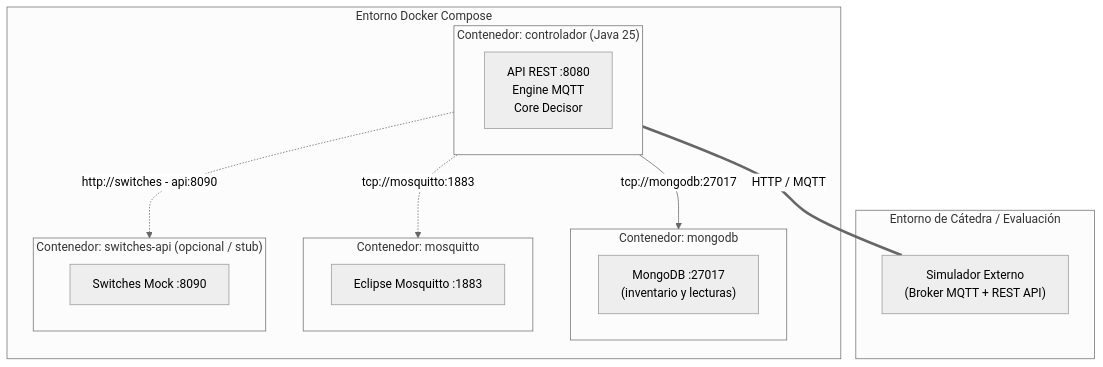
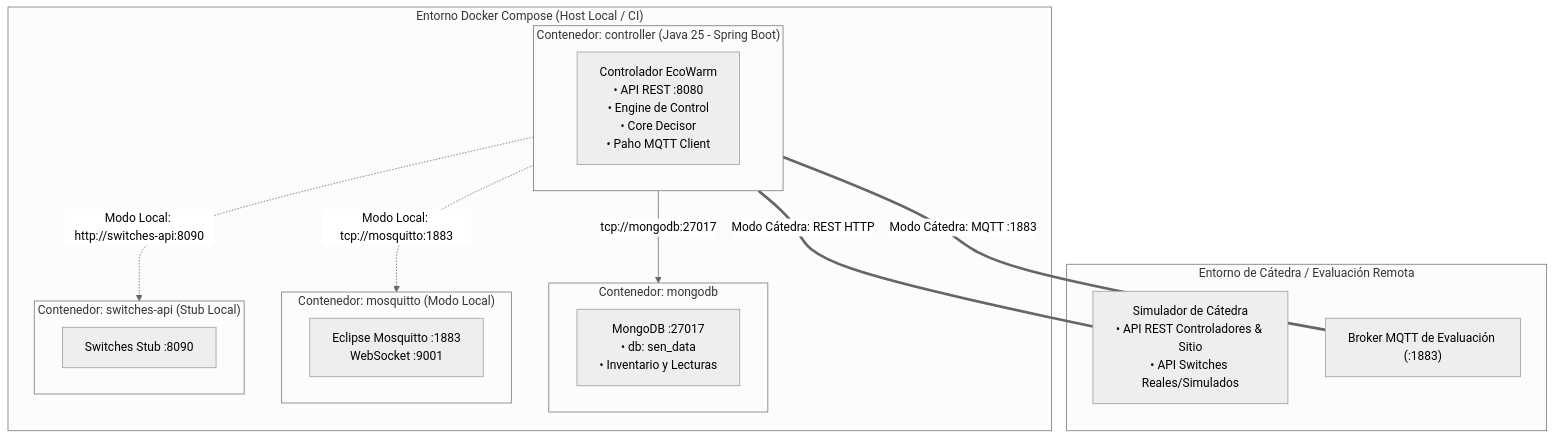
The sixth of 7 diagrams in docs/arquitectura/4mas1.md (walterlarrea/IISS-2026-grupo-2), drawn with Mermaid (neutral theme) before and after one commit. The commit also changed other lines of this file, not shown here.

````diff
--- a/docs/arquitectura/4mas1.md
+++ b/docs/arquitectura/4mas1.md
@@ -215,29 +307,31 @@
 ```mermaid
 graph TB
-    subgraph Host ["Entorno Docker Compose"]
-        subgraph C_Controlador ["Contenedor: controlador (Java 25)"]
-            SpringApp["API REST :8080<br/>Engine MQTT<br/>Core Decisor"]
+    subgraph DockerHost ["Entorno Docker Compose (Host Local / CI)"]
+        subgraph C_Controller ["Contenedor: controller (Java 25 - Spring Boot)"]
+            AppEngine["Controlador EcoWarm<br/>• API REST :8080<br/>• Engine de Control<br/>• Core Decisor<br/>• Paho MQTT Client"]
         end
 
         subgraph C_Mongo ["Contenedor: mongodb"]
-            MongoEngine["MongoDB :27017<br/>(inventario y lecturas)"]
+            MongoEngine["MongoDB :27017<br/>• db: sen_data<br/>• Inventario y Lecturas"]
         end
 
-        subgraph C_Broker ["Contenedor: mosquitto"]
-            Mosquitto["Eclipse Mosquitto :1883"]
+        subgraph C_LocalBroker ["Contenedor: mosquitto (Modo Local)"]
+            MosquittoLocal["Eclipse Mosquitto :1883<br/>WebSocket :9001"]
         end
 
-        subgraph C_Switches ["Contenedor: switches-api (opcional / stub)"]
-            SwitchStub["Switches Mock :8090"]
+        subgraph C_LocalSwitches ["Contenedor: switches-api (Stub Local)"]
+            SwitchesStub["Switches Stub :8090"]
         end
     end
 
-    subgraph Externo ["Entorno de Cátedra / Evaluación"]
-        SimuladorExt["Simulador Externo<br/>(Broker MQTT + REST API)"]
+    subgraph EvaluationHost ["Entorno de Cátedra / Evaluación Remota"]
+        CatedraSim["Simulador de Cátedra<br/>• API REST Controladores & Sitio<br/>• API Switches Reales/Simulados"]
+        CatedraBroker["Broker MQTT de Evaluación (:1883)"]
     end
 
-    C_Controlador -->|tcp://mongodb:27017| C_Mongo
-    C_Controlador -.->|tcp://mosquitto:1883| C_Broker
-    C_Controlador -.->|http://switches - api:8090| C_Switches
-    C_Controlador ===|HTTP / MQTT| SimuladorExt
+    C_Controller -->|tcp://mongodb:27017| C_Mongo
+    C_Controller -.->|Modo Local: tcp://mosquitto:1883| C_LocalBroker
+    C_Controller -.->|Modo Local: http://switches-api:8090| C_LocalSwitches
+    C_Controller ===|Modo Cátedra: REST HTTP| CatedraSim
+    C_Controller ===|Modo Cátedra: MQTT :1883| CatedraBroker
 ```
````
